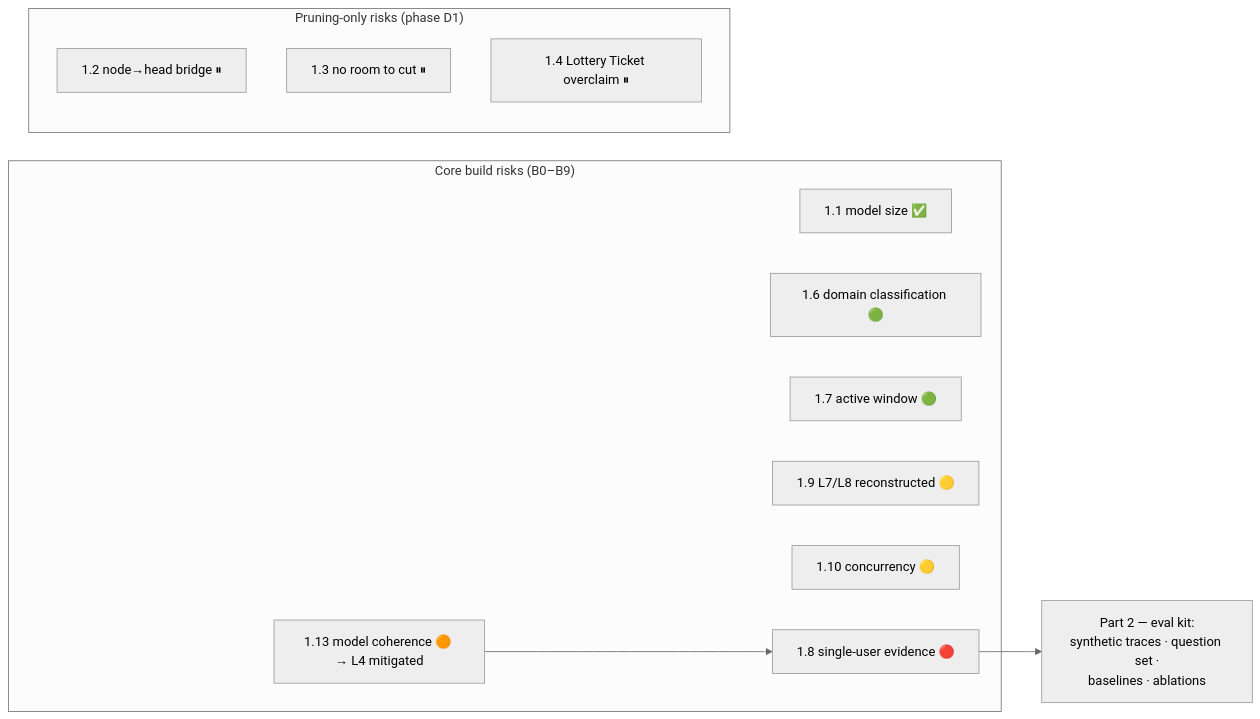
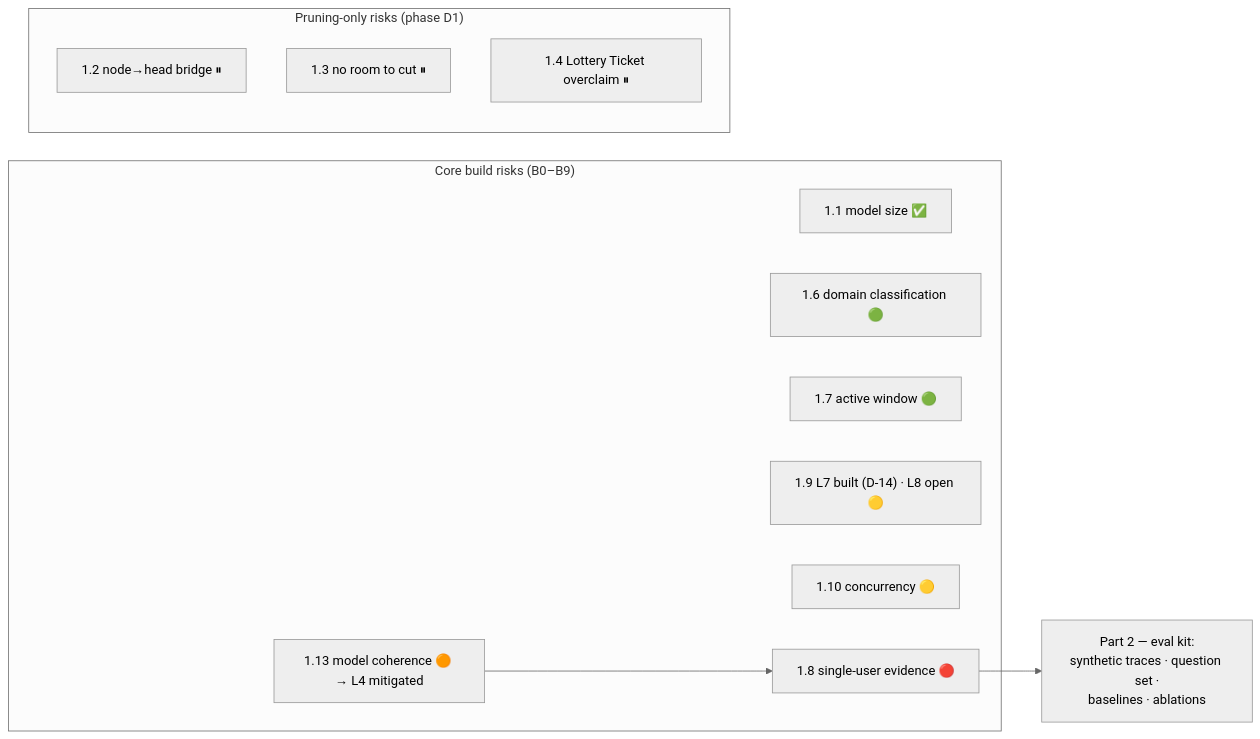
Before and after one commit to bhanot-99/NeuroPACA: the diagram in problems.md, drawn with Mermaid (neutral theme). The commit also changed other lines of this file and 29 other files, not shown here.

````diff
--- a/problems.md
+++ b/problems.md
@@ -35,19 +35,19 @@
 ```mermaid
 flowchart LR
     subgraph core["Core build risks (B0–B9)"]
         R11["1.1 model size ✅"]
         R16["1.6 domain classification 🟢"]
         R17["1.7 active window 🟢"]
         R113["1.13 model coherence 🟠 → L4 mitigated"]
-        R19["1.9 L7/L8 reconstructed 🟡"]
+        R19["1.9 L7 built (D-14) · L8 open 🟡"]
         R110["1.10 concurrency 🟡"]
         R18["1.8 single-user evidence 🔴"]
     end
     subgraph deferred["Pruning-only risks (phase D1)"]
         R12["1.2 node→head bridge ⏸"]
         R13["1.3 no room to cut ⏸"]
         R14["1.4 Lottery Ticket overclaim ⏸"]
     end
     R113 --> R18
     R18 --> RESEARCH["Part 2 — eval kit:<br/>synthetic traces · question set ·<br/>baselines · ablations"]
 ```
````
